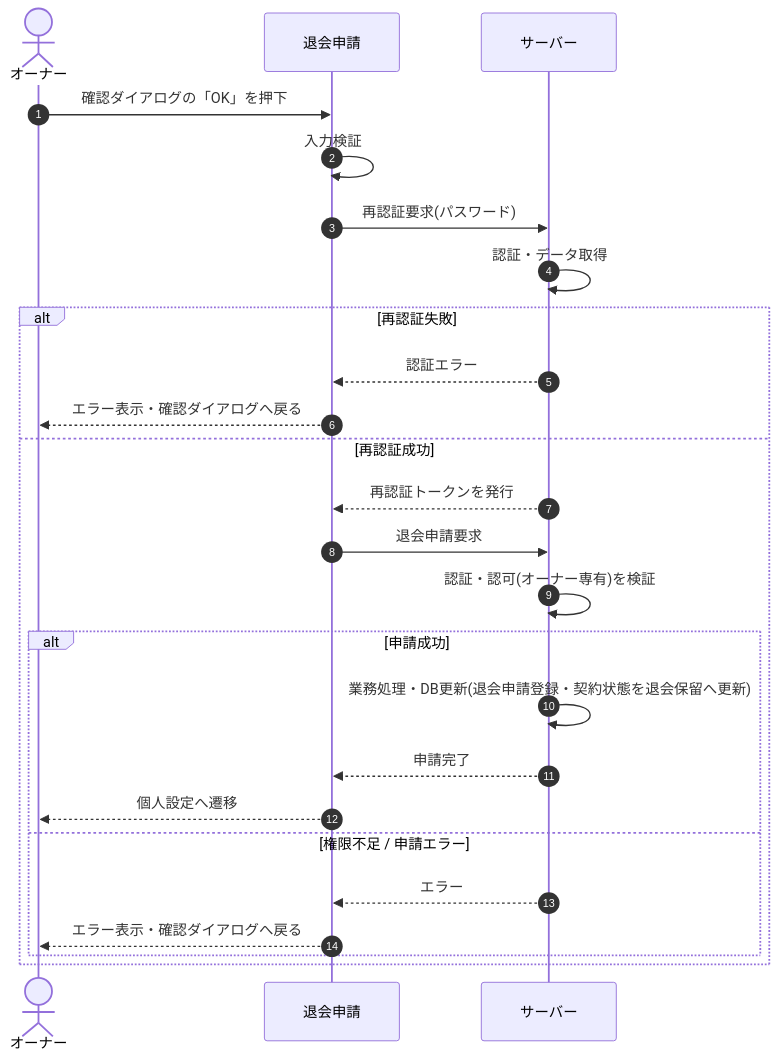
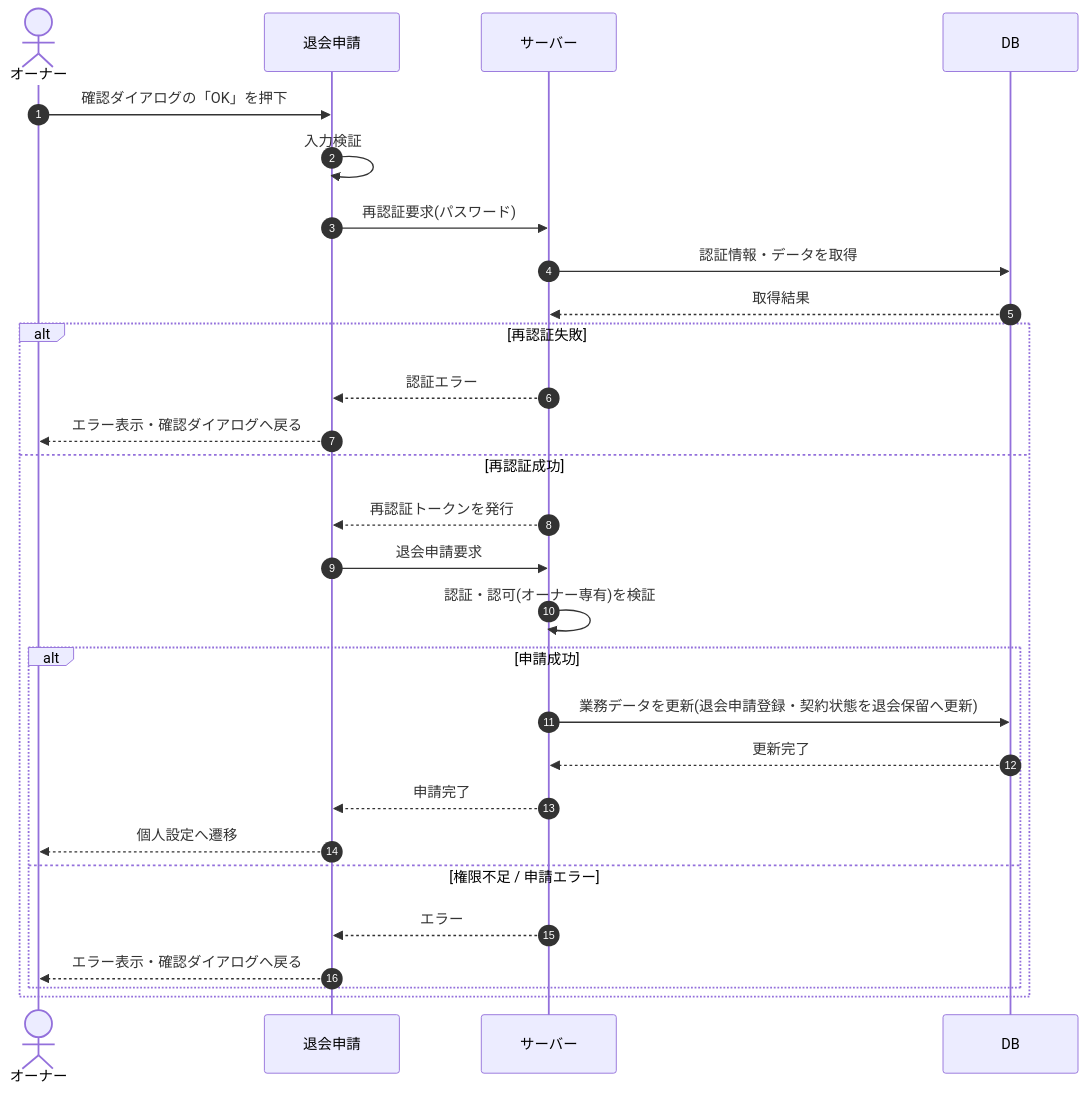
One commit to sikakou54/open-faq changed the diagram in 02_basic_design/03_sequences/SEQ-066.md. Above: the diagram before and after it, drawn with Mermaid. The commit also changed other lines of this file and 122 other files, not shown here.

First line of the commit message:
シーケンス図に DB アクターを追加(DB 操作をサーバー自己メッセージから分離)

````diff
--- a/02_basic_design/03_sequences/SEQ-066.md
+++ b/02_basic_design/03_sequences/SEQ-066.md
@@ -26,27 +26,30 @@
 ```mermaid
 sequenceDiagram
   autonumber
   actor U as オーナー
   participant Screen as 退会申請
   participant Server as サーバー
+  participant DB as DB
   U->>Screen: 確認ダイアログの「OK」を押下
   Screen->>Screen: 入力検証
   Screen->>Server: 再認証要求(パスワード)
-  Server->>Server: 認証・データ取得
+  Server->>DB: 認証情報・データを取得
+  DB-->>Server: 取得結果
   alt 再認証失敗
     Server-->>Screen: 認証エラー
     Screen-->>U: エラー表示・確認ダイアログへ戻る
   else 再認証成功
     Server-->>Screen: 再認証トークンを発行
     Screen->>Server: 退会申請要求
     Server->>Server: 認証・認可(オーナー専有)を検証
     alt 申請成功
-      Server->>Server: 業務処理・DB更新(退会申請登録・契約状態を退会保留へ更新)
+      Server->>DB: 業務データを更新(退会申請登録・契約状態を退会保留へ更新)
+      DB-->>Server: 更新完了
       Server-->>Screen: 申請完了
       Screen-->>U: 個人設定へ遷移
     else 権限不足 / 申請エラー
       Server-->>Screen: エラー
       Screen-->>U: エラー表示・確認ダイアログへ戻る
     end
   end
 ```
````
